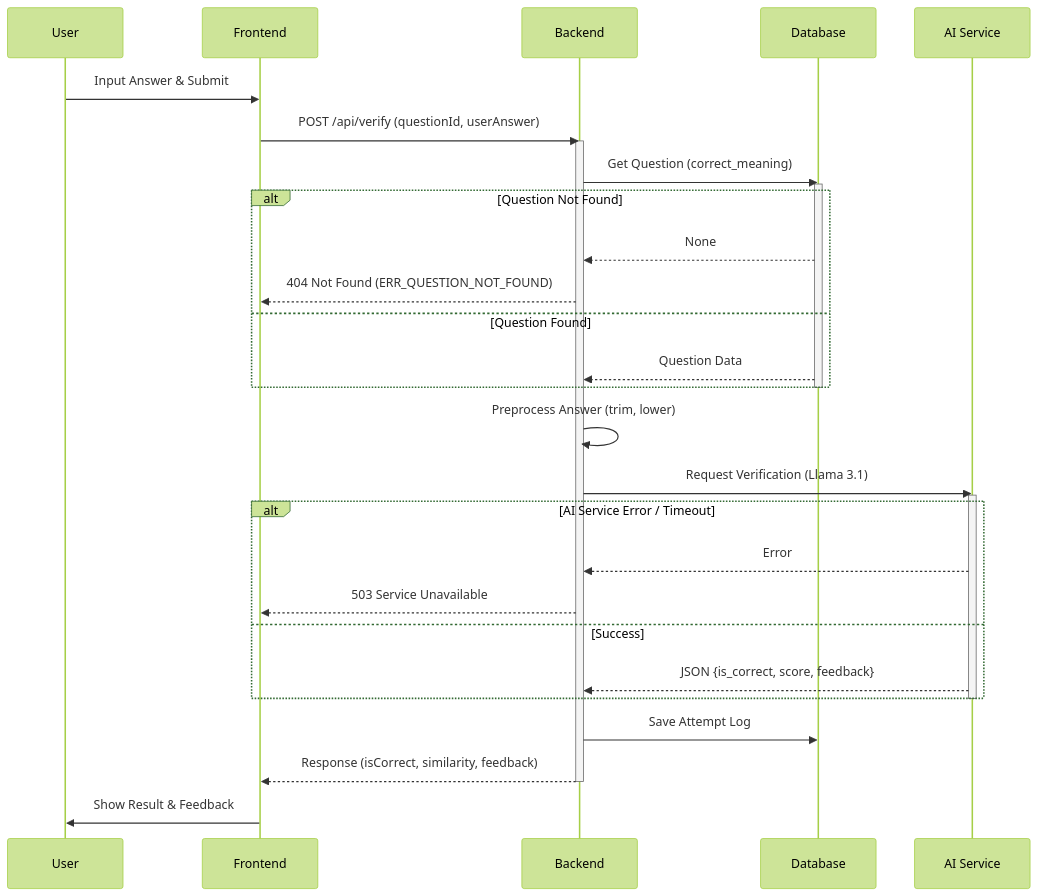
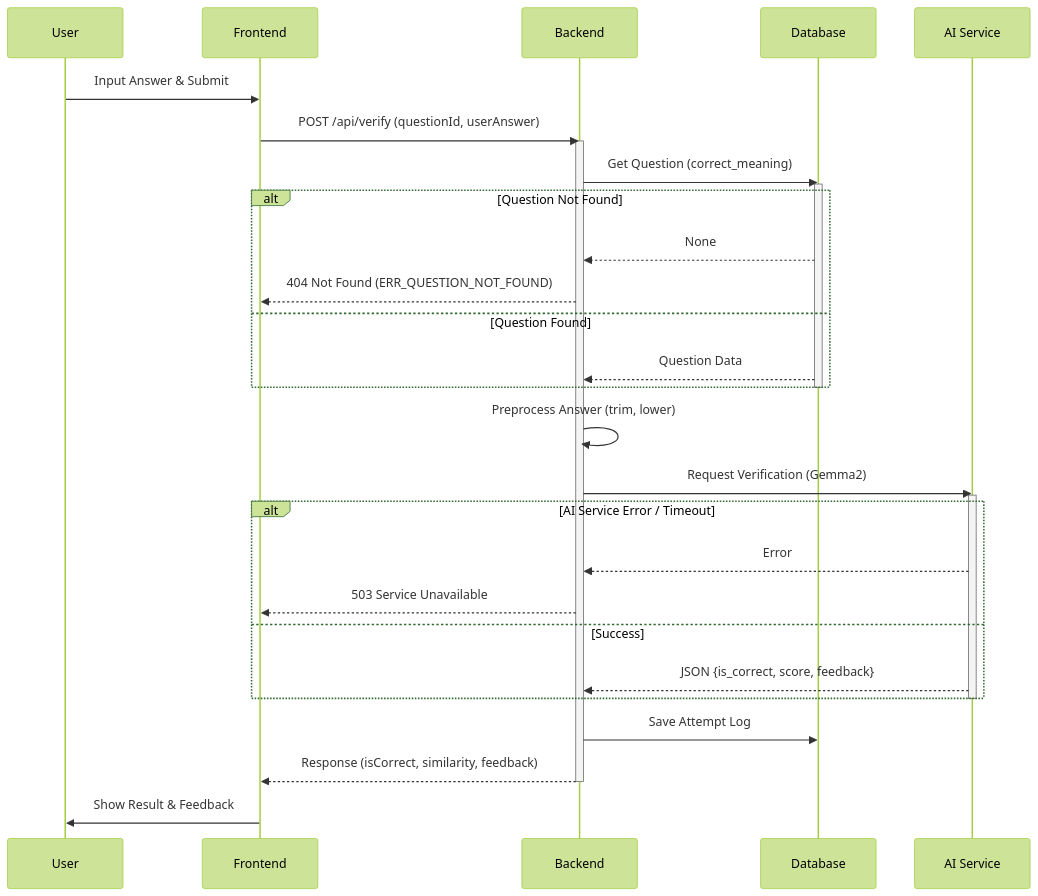
Before and after one commit to himchannnn/context_hunter: the second of 2 diagrams in guide/LLD.md, drawn with Mermaid (forest theme). The commit also changed other lines of this file and 1 other file, not shown here.

````diff
--- a/guide/LLD.md
+++ b/guide/LLD.md
@@ -134,41 +133,41 @@
 ```mermaid
 sequenceDiagram
     participant User
     participant FE as Frontend
     participant BE as Backend
     participant DB as Database
     participant AI as AI Service
 
     User->>FE: Input Answer & Submit
     FE->>BE: POST /api/verify (questionId, userAnswer)
     activate BE
     
     BE->>DB: Get Question (correct_meaning)
     activate DB
     alt Question Not Found
         DB-->>BE: None
         BE-->>FE: 404 Not Found (ERR_QUESTION_NOT_FOUND)
     else Question Found
         DB-->>BE: Question Data
     end
     deactivate DB
     
     BE->>BE: Preprocess Answer (trim, lower)
     
-    BE->>AI: Request Verification (Llama 3.1)
+    BE->>AI: Request Verification (Gemma2)
     activate AI
     alt AI Service Error / Timeout
         AI-->>BE: Error
         BE-->>FE: 503 Service Unavailable
     else Success
         AI-->>BE: JSON {is_correct, score, feedback}
     end
     deactivate AI
     
     BE->>DB: Save Attempt Log
     
     BE-->>FE: Response (isCorrect, similarity, feedback)
     deactivate BE
     
     FE->>User: Show Result & Feedback
 ```
````
